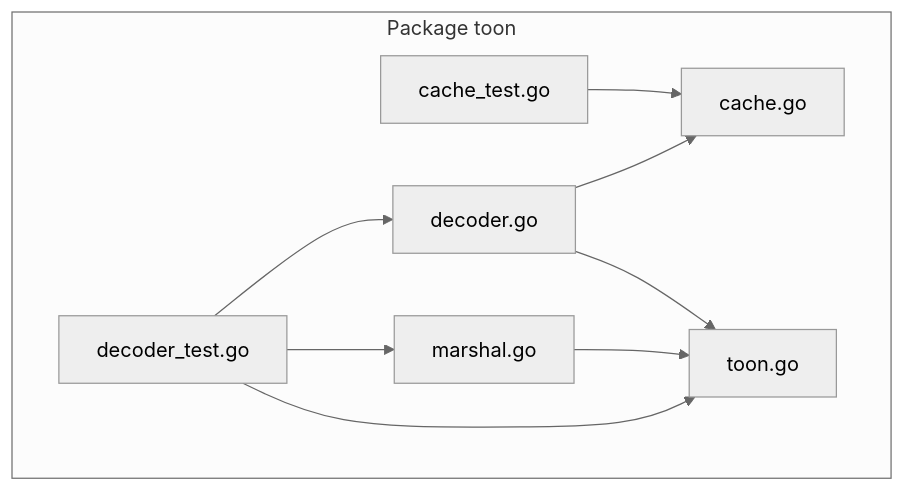
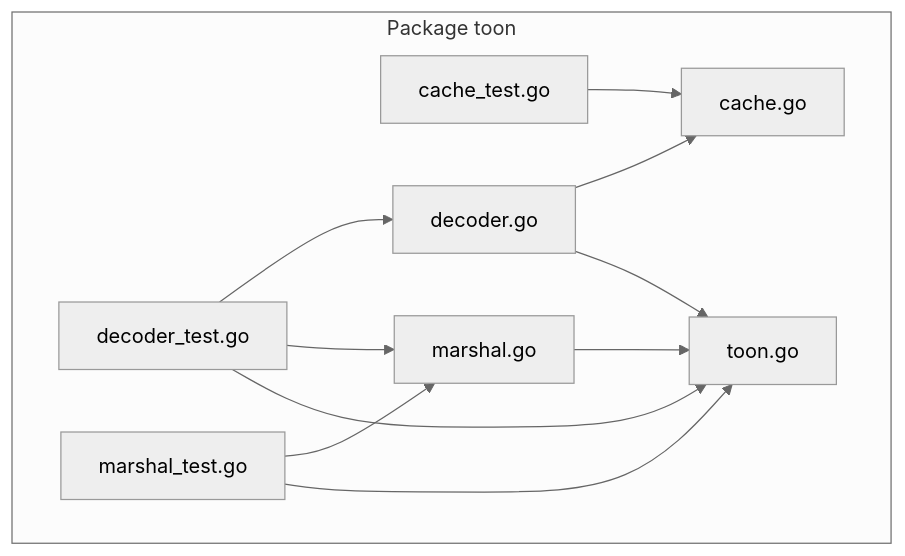
Before and after one commit to OTumanov/go-toon: the first of 6 diagrams in .qoder/repowiki/en/content/Testing and Quality Assurance.md, drawn with Mermaid (neutral theme). The commit also changed other lines of this file and 6 other files, not shown here.

````diff
--- a/.qoder/repowiki/en/content/Testing and Quality Assurance.md
+++ b/.qoder/repowiki/en/content/Testing and Quality Assurance.md
@@ -31,18 +39,21 @@
 ```mermaid
 graph TB
 subgraph "Package toon"
 T1["cache_test.go"]
 T2["decoder_test.go"]
+T3["marshal_test.go"]
 C1["cache.go"]
 D1["decoder.go"]
 M1["marshal.go"]
 E1["toon.go"]
 end
 T1 --> C1
 T2 --> D1
 T2 --> M1
 T2 --> E1
+T3 --> M1
+T3 --> E1
 D1 --> C1
 D1 --> E1
 M1 --> E1
 ```
````
